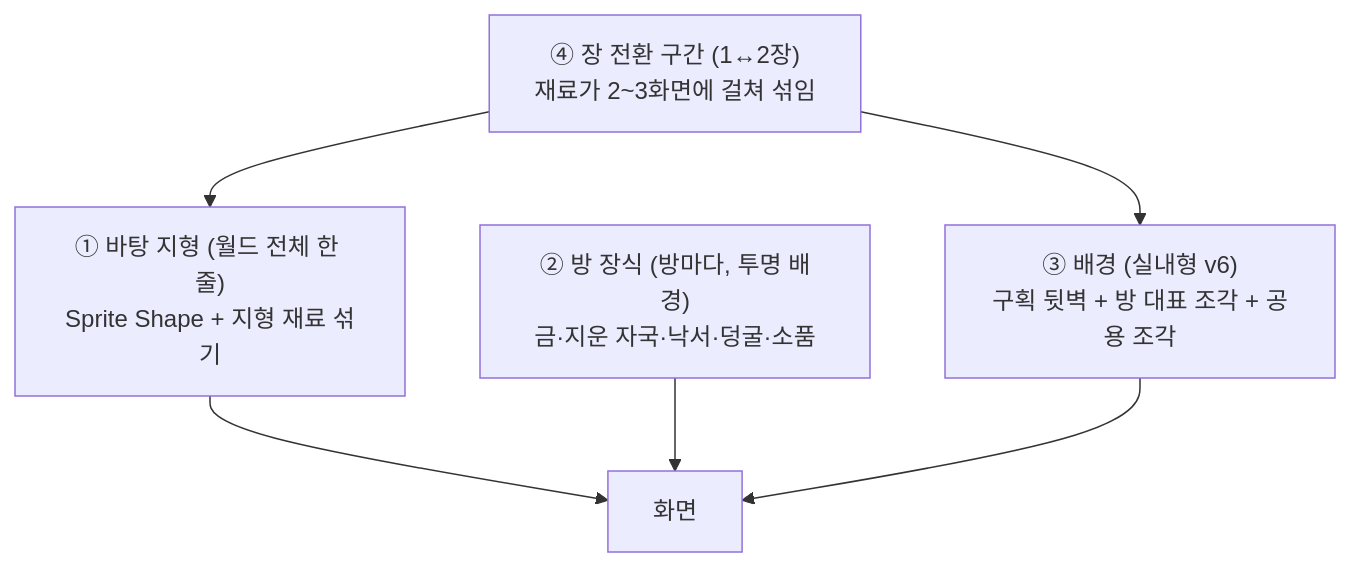
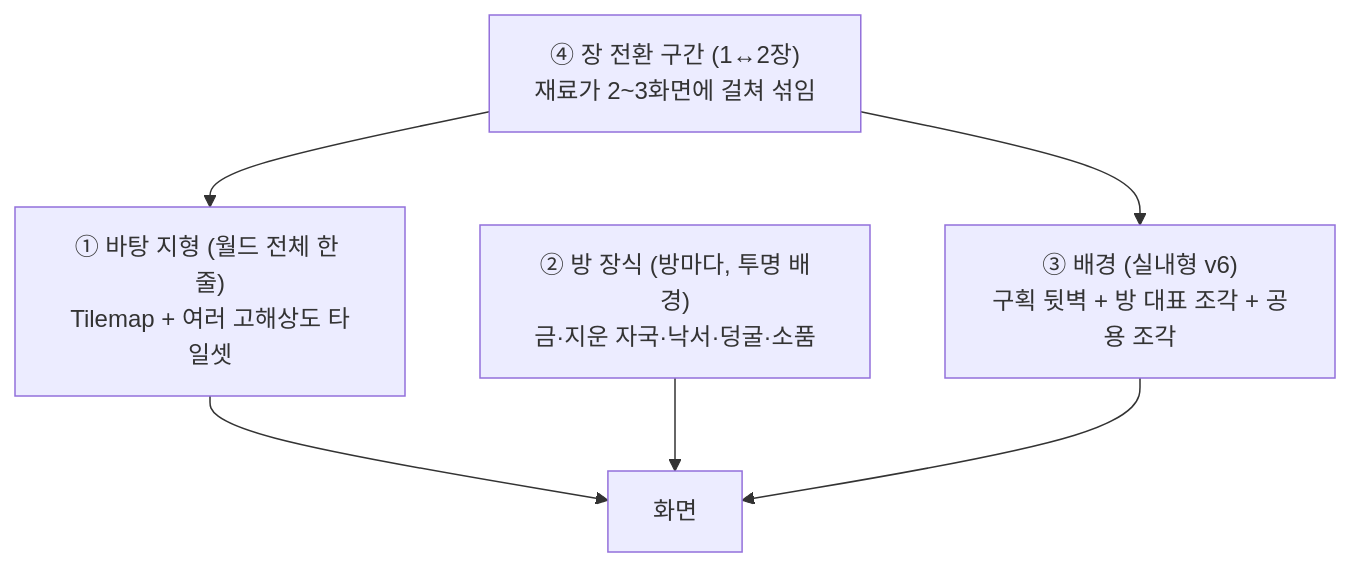
The first of 2 diagrams in Docs/19_에셋_목록_프롬프트.md (lde0707/Unfinished-Sketchbook), drawn with Mermaid before and after one commit. The commit also changed other lines of this file and 79 other files, not shown here.

````diff
--- a/Docs/19_에셋_목록_프롬프트.md
+++ b/Docs/19_에셋_목록_프롬프트.md
@@ -55,8 +60,8 @@
 ```mermaid
 flowchart TB
-  A["① 바탕 지형 (월드 전체 한 줄)<br/>Sprite Shape + 지형 재료 섞기"] --> D[화면]
+  A["① 바탕 지형 (월드 전체 한 줄)<br/>Tilemap + 여러 고해상도 타일셋"] --> D[화면]
   B["② 방 장식 (방마다, 투명 배경)<br/>금·지운 자국·낙서·덩굴·소품"] --> D
   C["③ 배경 (실내형 v6)<br/>구획 뒷벽 + 방 대표 조각 + 공용 조각"] --> D
   E["④ 장 전환 구간 (1↔2장)<br/>재료가 2~3화면에 걸쳐 섞임"] --> A
   E --> C
 ```
````
